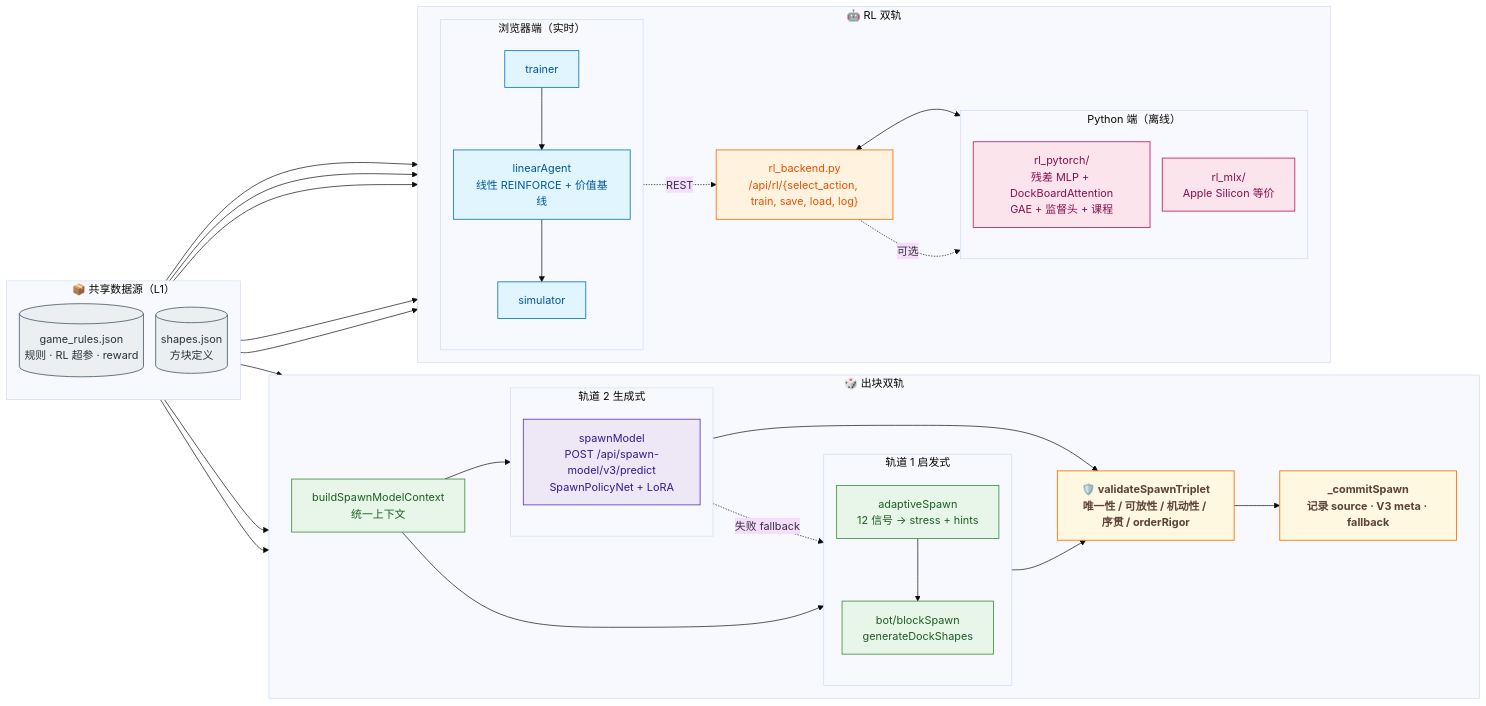
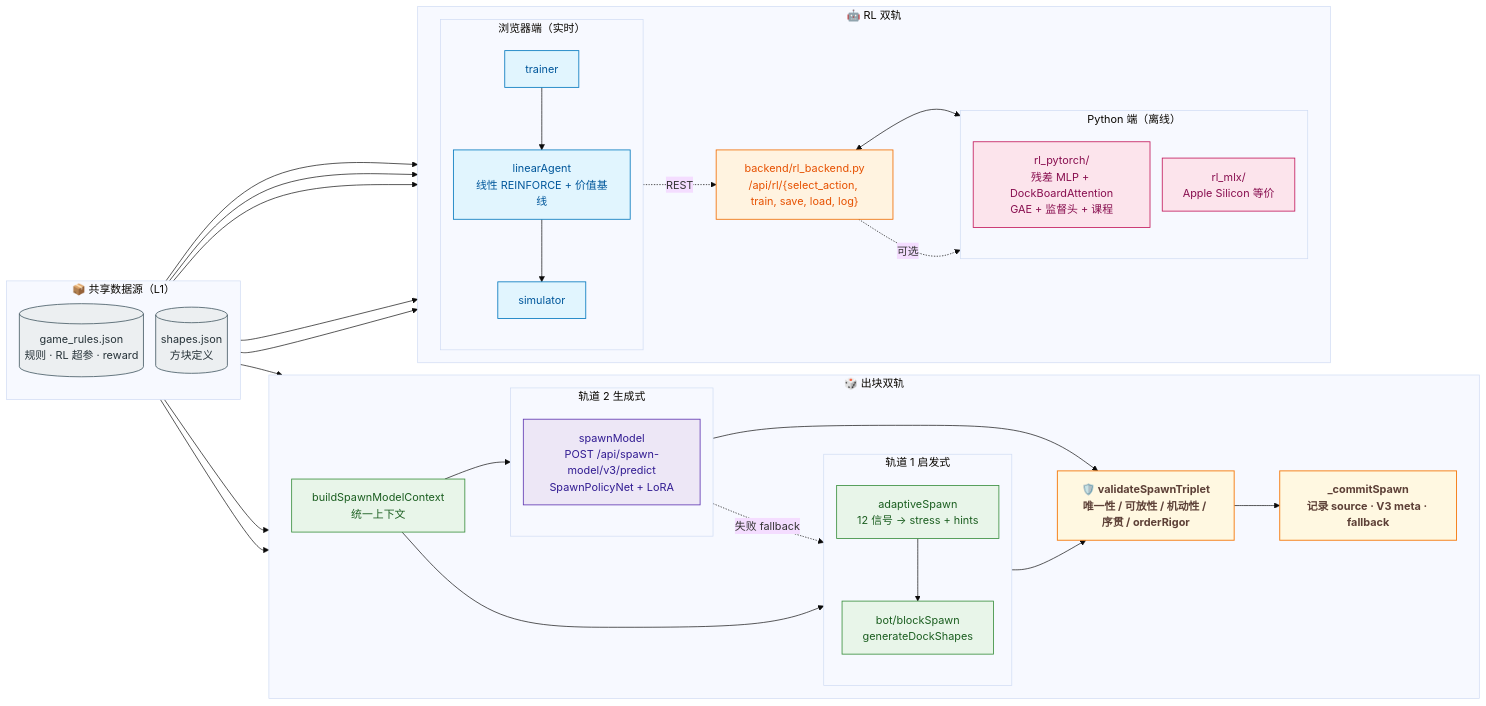
The seventh of 11 diagrams in docs/architecture/SYSTEM_ARCHITECTURE_DIAGRAMS.md (btbujiangjun/openblock), drawn with Mermaid (base theme) before and after one commit. The commit also changed other lines of this file and 27 other files, not shown here.

````diff
--- a/docs/architecture/SYSTEM_ARCHITECTURE_DIAGRAMS.md
+++ b/docs/architecture/SYSTEM_ARCHITECTURE_DIAGRAMS.md
@@ -555,82 +555,82 @@
 ```mermaid
 ---
 config:
   flowchart:
     nodeSpacing: 18
     rankSpacing: 42
     htmlLabels: true
     curve: basis
 ---
 flowchart LR
   classDef data    fill:#eceff1,stroke:#455a64,color:#263238,stroke-width:1.2px
   classDef heur    fill:#e8f5e9,stroke:#388e3c,color:#1b5e20,stroke-width:1.2px
   classDef gen     fill:#ede7f6,stroke:#5e35b1,color:#311b92,stroke-width:1.2px
   classDef gate    fill:#fff8e1,stroke:#f57f17,color:#5d4037,stroke-width:1.4px,font-weight:bold
   classDef rlBro   fill:#e1f5fe,stroke:#0277bd,color:#01579b,stroke-width:1.2px
   classDef rlPy    fill:#fce4ec,stroke:#c2185b,color:#880e4f,stroke-width:1.2px
   classDef rlSvc   fill:#fff3e0,stroke:#ef6c00,color:#e65100,stroke-width:1.2px
 
   subgraph DATA["📦 共享数据源（L1）"]
     direction TB
     rulesJson[("game_rules.json<br/>规则 · RL 超参 · reward")]:::data
     shapesJson[("shapes.json<br/>方块定义")]:::data
   end
 
   subgraph SPAWN["🎲 出块双轨"]
     direction LR
     spawnCtx["buildSpawnModelContext<br/>统一上下文"]:::heur
     subgraph TH["轨道 1 启发式"]
       direction TB
       adaptive["adaptiveSpawn<br/>12 信号 → stress + hints"]:::heur
       blockSpawn["bot/blockSpawn<br/>generateDockShapes"]:::heur
     end
     subgraph TG["轨道 2 生成式"]
       direction TB
       v3["spawnModel<br/>POST /api/spawn-model/v3/predict<br/>SpawnPolicyNet + LoRA"]:::gen
     end
     guard["🛡️ validateSpawnTriplet<br/>唯一性 / 可放性 / 机动性 / 序贯 / orderRigor"]:::gate
     commit["_commitSpawn<br/>记录 source · V3 meta · fallback"]:::gate
   end
 
   subgraph RL["🤖 RL 双轨"]
     direction LR
     subgraph RLB["浏览器端（实时）"]
       direction TB
       linearAgent["linearAgent<br/>线性 REINFORCE + 价值基线"]:::rlBro
       browserTrainer["trainer"]:::rlBro
       simulator["simulator"]:::rlBro
     end
-    rlBackendNode["rl_backend.py<br/>/api/rl/{select_action, train, save, load, log}"]:::rlSvc
+    rlBackendNode["backend/rl_backend.py<br/>/api/rl/{select_action, train, save, load, log}"]:::rlSvc
     subgraph RLP["Python 端（离线）"]
       direction TB
       rlPytorch["rl_pytorch/<br/>残差 MLP + DockBoardAttention<br/>GAE + 监督头 + 课程"]:::rlPy
       rlMlx["rl_mlx/<br/>Apple Silicon 等价"]:::rlPy
     end
   end
 
   %% 出块双轨主流程
   spawnCtx --> adaptive
   spawnCtx --> v3
   adaptive --> blockSpawn
   blockSpawn --> guard
   v3 --> guard
   v3 -. 失败 fallback .-> blockSpawn
   guard --> commit
 
   %% L1 数据源 → 各 consumer
   rulesJson --> adaptive
   rulesJson --> blockSpawn
   rulesJson --> rlPytorch
   rulesJson --> rlMlx
   rulesJson --> linearAgent
   shapesJson --> blockSpawn
   shapesJson --> rlPytorch
   shapesJson --> rlMlx
 
   %% RL 双轨内部
   browserTrainer --> linearAgent
   linearAgent --> simulator
   linearAgent -. REST .-> rlBackendNode
   rlBackendNode <--> rlPytorch
   rlBackendNode -. 可选 .-> rlMlx
 ```
````
